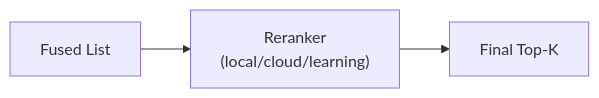
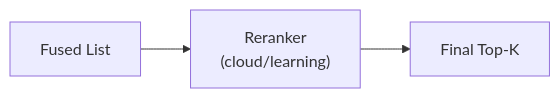
The diagram in mkdocs/docs/reranking.md (DMontgomery40/ragweld), drawn with Mermaid before and after one commit. The commit also changed other lines of this file and 162 other files, not shown here.

````diff
--- a/mkdocs/docs/reranking.md
+++ b/mkdocs/docs/reranking.md
@@ -72,5 +68,5 @@
 ```mermaid
 flowchart LR
-    FUSED["Fused List"] --> RR["Reranker\n(local/cloud/learning)"]
+    FUSED["Fused List"] --> RR["Reranker\n(cloud/learning)"]
     RR --> FINAL["Final Top-K"]
 ```
````
